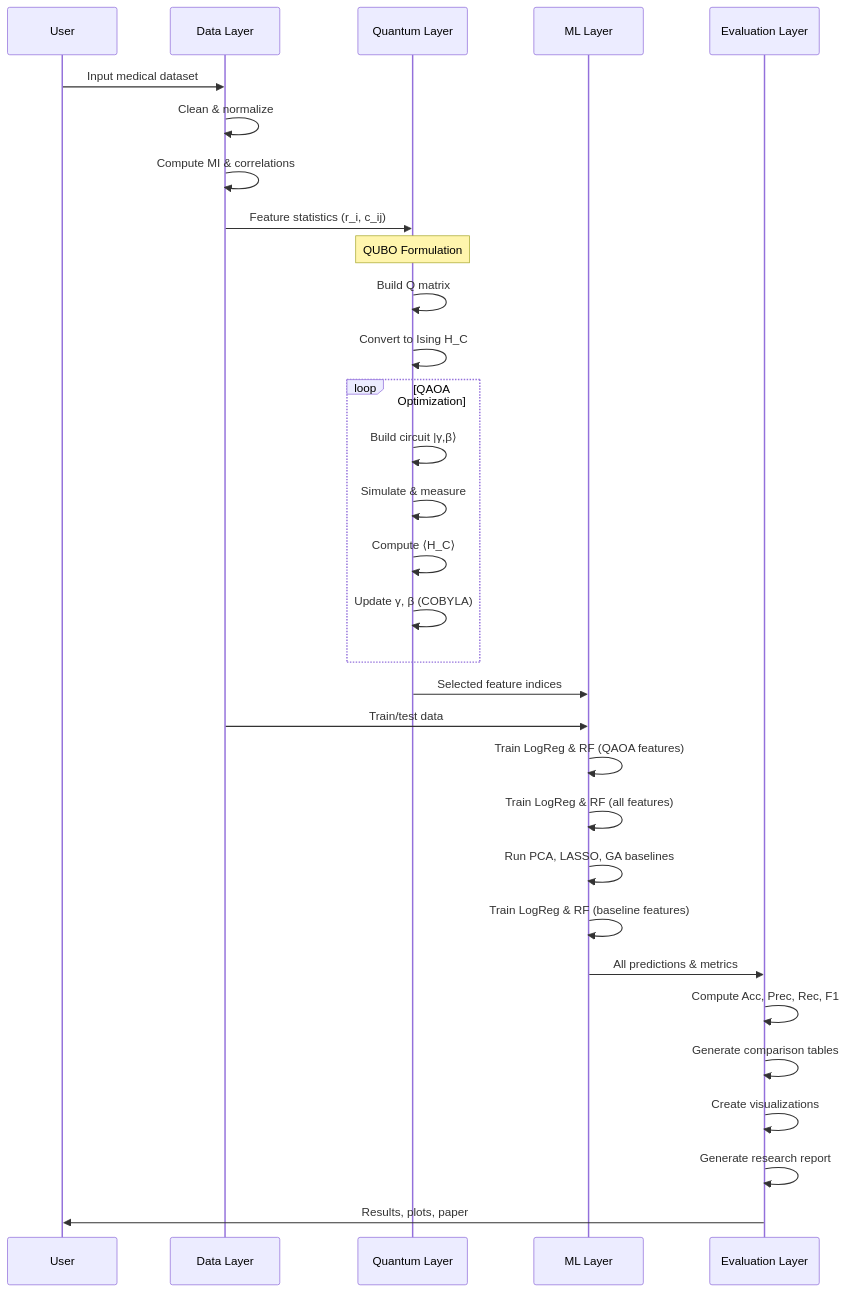
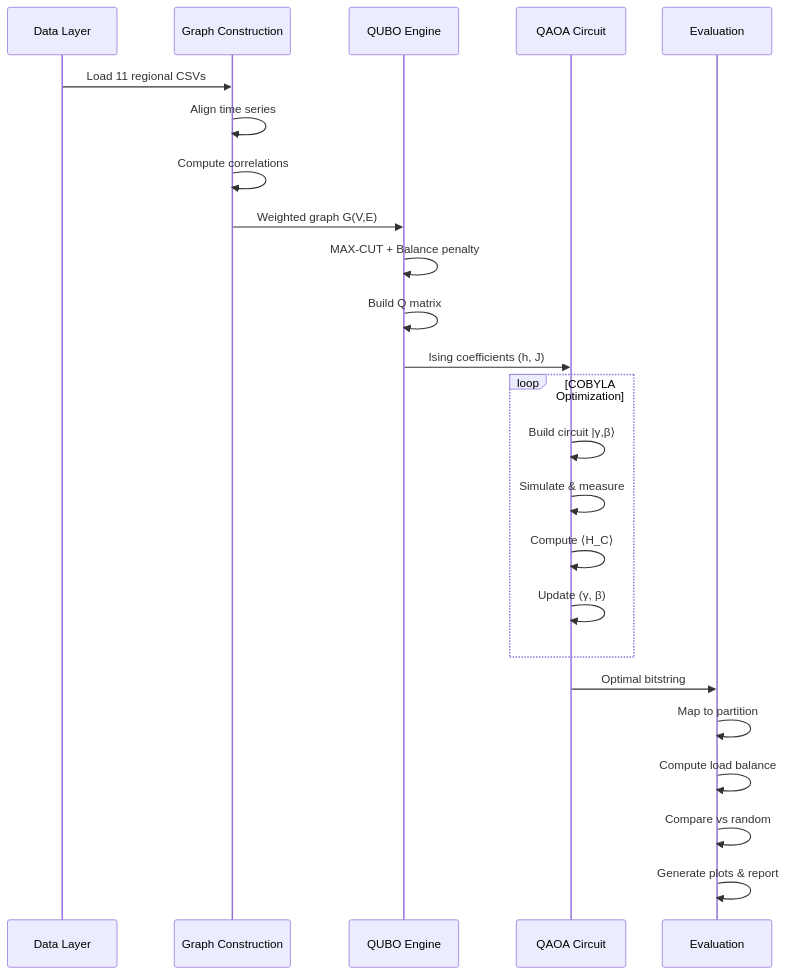
One commit to oyyPoodles/QAOA-Based-Grid-Partitioning-for-Optimal-Power-Load-Balancing-in-Smart-Grids changed the second of 2 diagrams in docs/architecture.md. Above: the diagram before and after it, drawn with Mermaid. The commit also changed other lines of this file and 57 other files, not shown here.

Commit message:
Fix data alignment, update QAOA parameters, add Colab notebook, clean old ml code

````diff
--- a/docs/architecture.md
+++ b/docs/architecture.md
@@ -53,40 +44,30 @@
 ```mermaid
 sequenceDiagram
-    participant User
     participant Data as Data Layer
-    participant Quantum as Quantum Layer
-    participant ML as ML Layer
-    participant Eval as Evaluation Layer
+    participant Graph as Graph Construction
+    participant QUBO as QUBO Engine
+    participant QAOA as QAOA Circuit
+    participant Eval as Evaluation
 
-    User->>Data: Input medical dataset
-    Data->>Data: Clean & normalize
-    Data->>Data: Compute MI & correlations
-    Data->>Quantum: Feature statistics (r_i, c_ij)
-    
-    Note over Quantum: QUBO Formulation
-    Quantum->>Quantum: Build Q matrix
-    Quantum->>Quantum: Convert to Ising H_C
-    
-    loop QAOA Optimization
-        Quantum->>Quantum: Build circuit |γ,β⟩
-        Quantum->>Quantum: Simulate & measure
-        Quantum->>Quantum: Compute ⟨H_C⟩
-        Quantum->>Quantum: Update γ, β (COBYLA)
+    Data->>Graph: Load 11 regional CSVs
+    Graph->>Graph: Align time series
+    Graph->>Graph: Compute correlations
+    Graph->>QUBO: Weighted graph G(V,E)
+
+    QUBO->>QUBO: MAX-CUT + Balance penalty
+    QUBO->>QUBO: Build Q matrix
+    QUBO->>QAOA: Ising coefficients (h, J)
+
+    loop COBYLA Optimization
+        QAOA->>QAOA: Build circuit |γ,β⟩
+        QAOA->>QAOA: Simulate & measure
+        QAOA->>QAOA: Compute ⟨H_C⟩
+        QAOA->>QAOA: Update (γ, β)
     end
-    
-    Quantum->>ML: Selected feature indices
-    Data->>ML: Train/test data
-    
-    ML->>ML: Train LogReg & RF (QAOA features)
-    ML->>ML: Train LogReg & RF (all features)
-    ML->>ML: Run PCA, LASSO, GA baselines
-    ML->>ML: Train LogReg & RF (baseline features)
-    
-    ML->>Eval: All predictions & metrics
-    Eval->>Eval: Compute Acc, Prec, Rec, F1
-    Eval->>Eval: Generate comparison tables
-    Eval->>Eval: Create visualizations
-    Eval->>Eval: Generate research report
-    
-    Eval->>User: Results, plots, paper
+
+    QAOA->>Eval: Optimal bitstring
+    Eval->>Eval: Map to partition
+    Eval->>Eval: Compute load balance
+    Eval->>Eval: Compare vs random
+    Eval->>Eval: Generate plots & report
 ```
````
